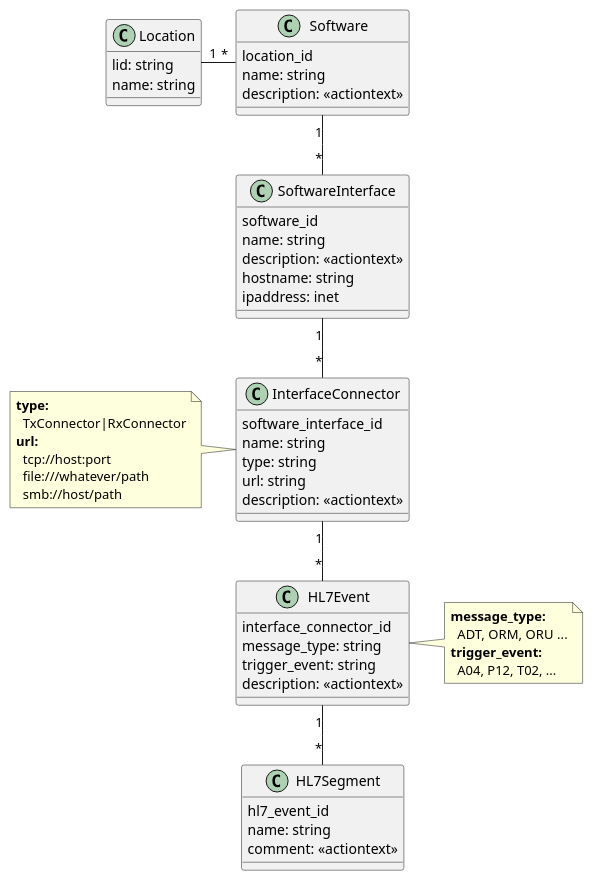
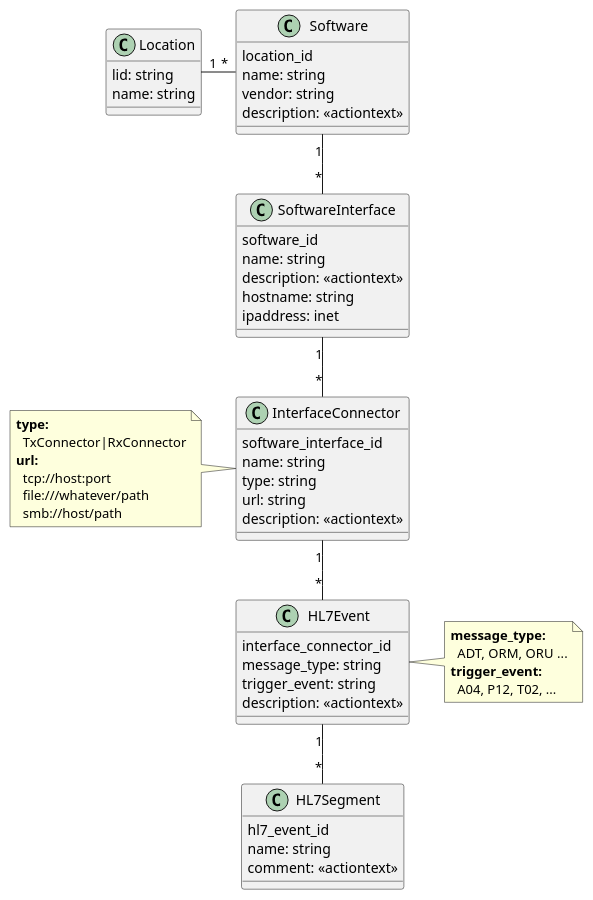
The diagram in doc/dev-notes/modules/ROOT/images/software-interfaces.puml (swobspace/mirco), drawn with PlantUML before and after one commit. The commit also changed 7 other files, not shown here.

```diff
--- a/doc/dev-notes/modules/ROOT/images/software-interfaces.puml
+++ b/doc/dev-notes/modules/ROOT/images/software-interfaces.puml
@@ -1,73 +1,74 @@
 @startuml
 
 'skinparam nodesep 60
 
 skinparam interface {
   padding 100
 }
 
 class Location {
   lid: string
   name: string
 }
 
 class Software {
   location_id
   name: string
+  vendor: string
   description: <<actiontext>>
 }
 
 class SoftwareInterface {
   software_id
   name: string
   description: <<actiontext>>
   hostname: string
   ipaddress: inet
 }
 
 class InterfaceConnector {
   software_interface_id
   name: string
   type: string
   url: string
   description: <<actiontext>>
 }
 
 note left of InterfaceConnector
 **type:**
   TxConnector|RxConnector
 **url:**
   tcp://host:port
   file:///whatever/path
   smb://host/path
 end note
 
 
 class HL7Event {
   interface_connector_id
   message_type: string
   trigger_event: string
   description: <<actiontext>>
 }
 
 note right of HL7Event
 **message_type:**
   ADT, ORM, ORU ...
 **trigger_event:**
   A04, P12, T02, ...
 end note
 
 Class HL7Segment {
   hl7_event_id
   name: string
   comment: <<actiontext>>
 }
 
 Location "1" - "*" Software
 Software "1" -- "*" SoftwareInterface
 SoftwareInterface "1" -- "*" InterfaceConnector
 
 InterfaceConnector "1" -- "*" HL7Event
 HL7Event "1" -- "*" HL7Segment
 
 @enduml
```
